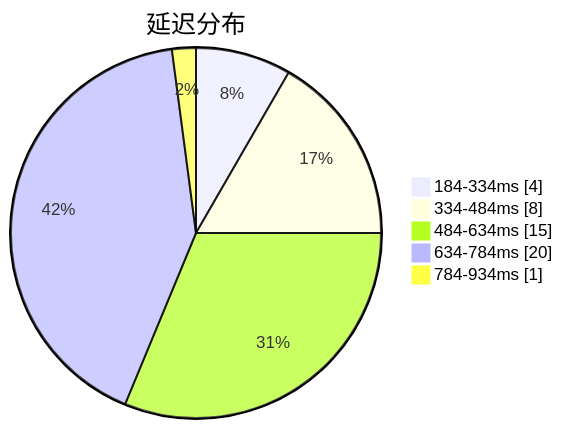
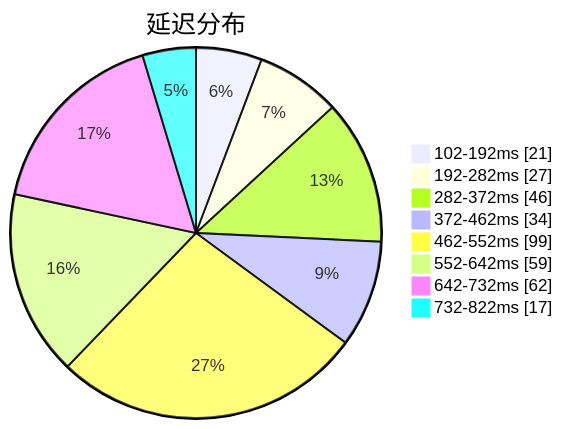
Before and after one commit to sinspired/airport: the first of 3 diagrams in subs/statistics/tested_within.md, drawn with Mermaid. The commit also changed other lines of this file and 2 other files, not shown here.

````diff
--- a/subs/statistics/tested_within.md
+++ b/subs/statistics/tested_within.md
@@ -2,9 +2,12 @@
 ```mermaid
 pie showData
 title 延迟分布
-"184-334ms" : 4
-"334-484ms" : 8
-"484-634ms" : 15
-"634-784ms" : 20
-"784-934ms" : 1
+"102-192ms" : 21
+"192-282ms" : 27
+"282-372ms" : 46
+"372-462ms" : 34
+"462-552ms" : 99
+"552-642ms" : 59
+"642-732ms" : 62
+"732-822ms" : 17
 ```
````
